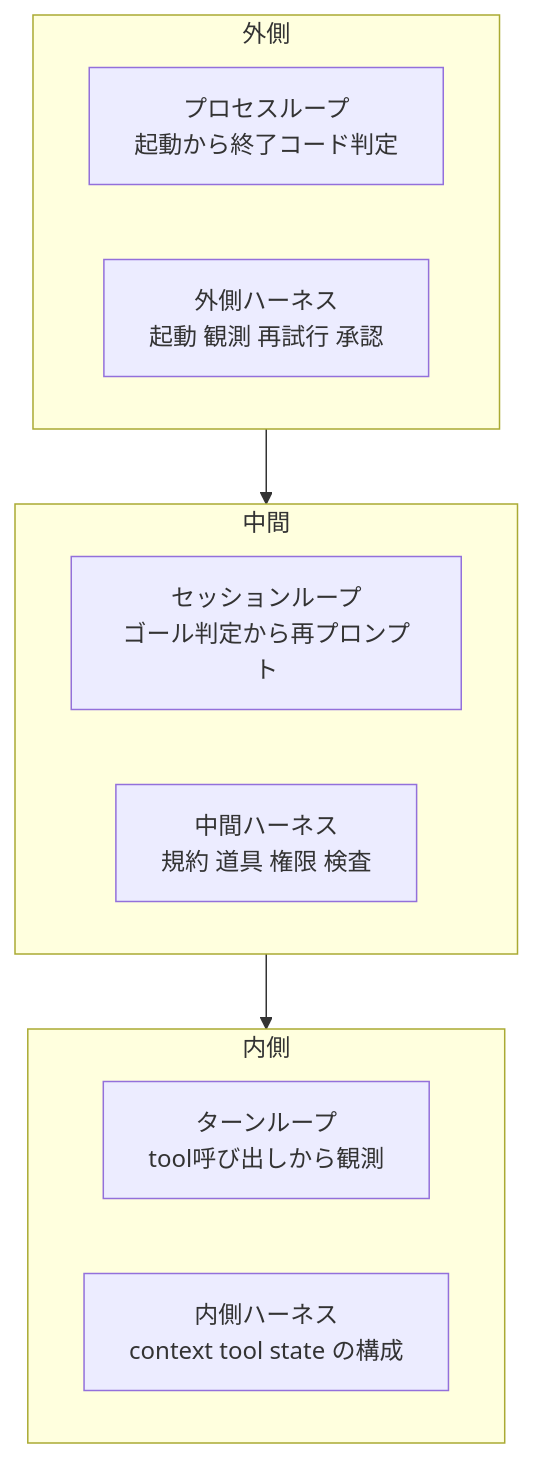
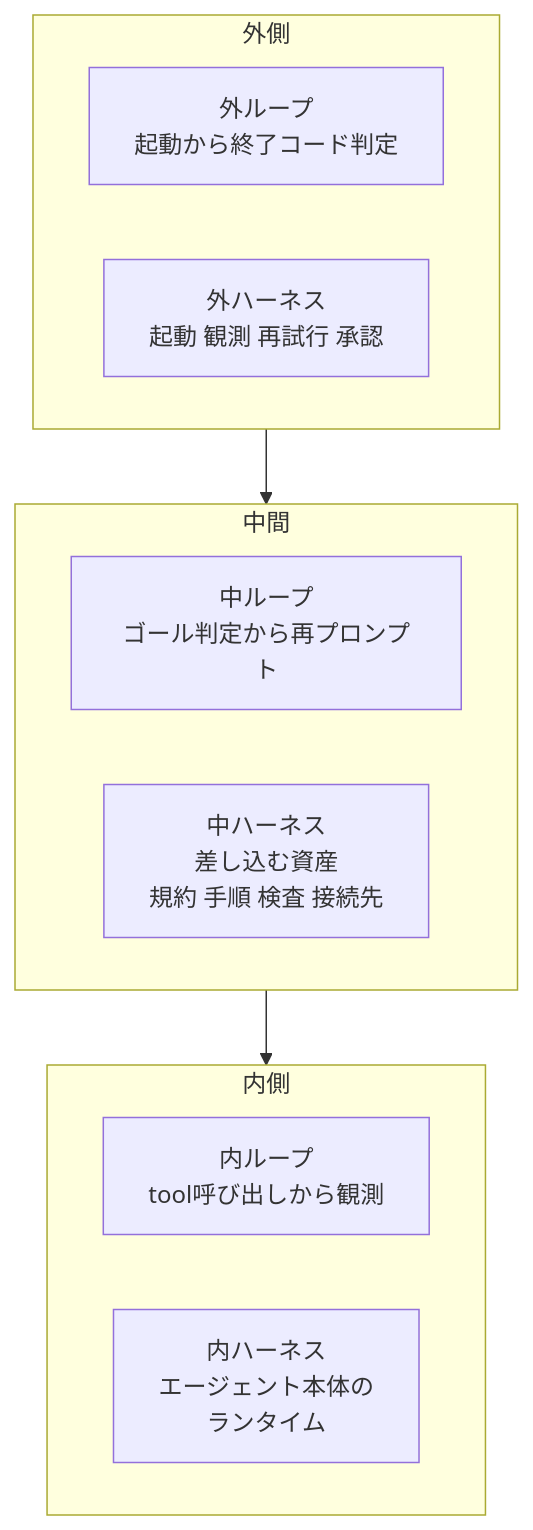
The first of 2 diagrams in articles/llm-control-layers-taxonomy_20260818.md (suwa-sh/zenn-contents), drawn with Mermaid before and after one commit. The commit also changed other lines of this file and 1 other file, not shown here.

````diff
--- a/articles/llm-control-layers-taxonomy_20260818.md
+++ b/articles/llm-control-layers-taxonomy_20260818.md
@@ -261,20 +273,20 @@
 ```mermaid
 flowchart TB
     subgraph L3["外側"]
         direction LR
-        a1["プロセスループ<br/>起動から終了コード判定"]
-        a2["外側ハーネス<br/>起動 観測 再試行 承認"]
+        a1["外ループ<br/>起動から終了コード判定"]
+        a2["外ハーネス<br/>起動 観測 再試行 承認"]
     end
     subgraph L2["中間"]
         direction LR
-        b1["セッションループ<br/>ゴール判定から再プロンプト"]
-        b2["中間ハーネス<br/>規約 道具 権限 検査"]
+        b1["中ループ<br/>ゴール判定から再プロンプト"]
+        b2["中ハーネス<br/>差し込む資産<br/>規約 手順 検査 接続先"]
     end
     subgraph L1["内側"]
         direction LR
-        c1["ターンループ<br/>tool呼び出しから観測"]
-        c2["内側ハーネス<br/>context tool state の構成"]
+        c1["内ループ<br/>tool呼び出しから観測"]
+        c2["内ハーネス<br/>エージェント本体の<br/>ランタイム"]
     end
     L3 --> L2
     L2 --> L1
 ```
````
